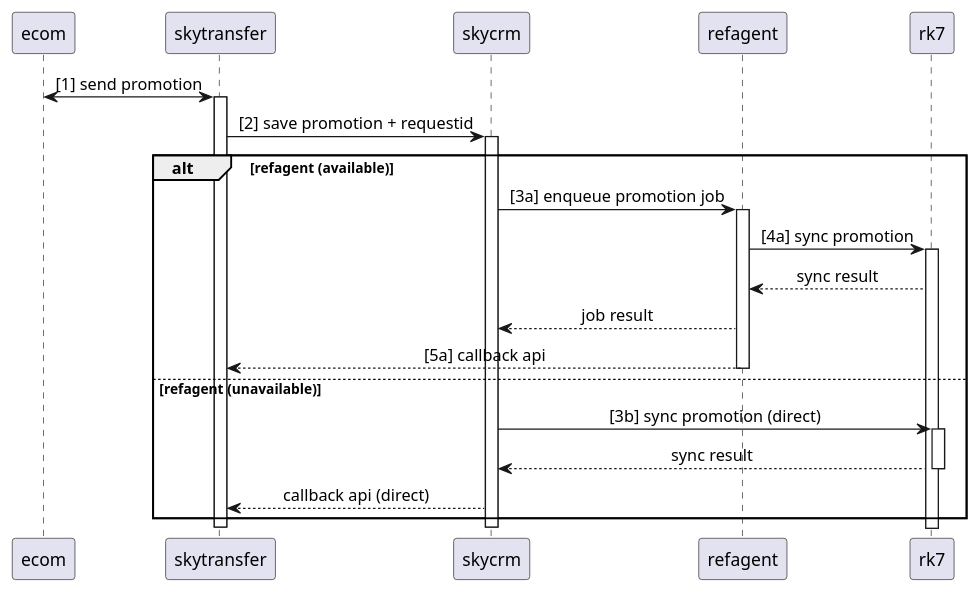
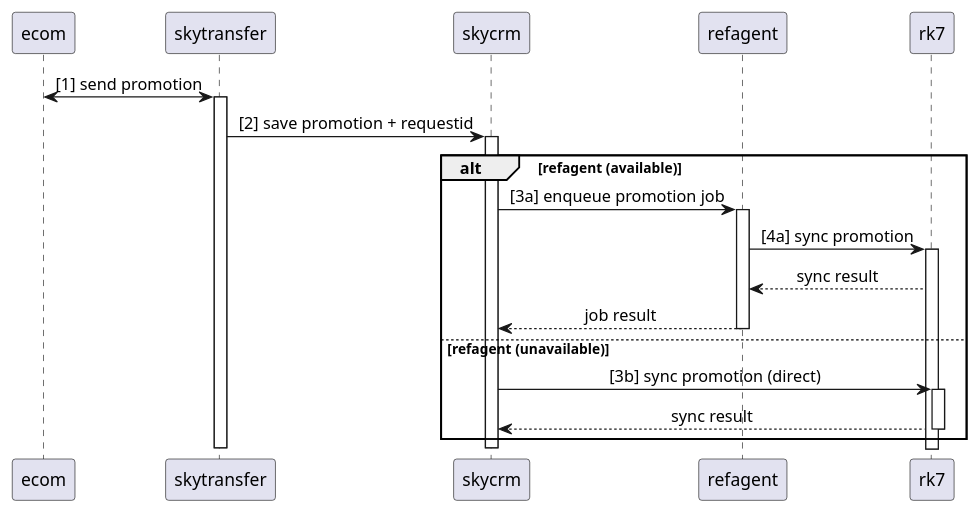
The diagram in 04-y-archive/reference/tech/plantuml/sequence-diagram-promotion.md (huynguyenitwork/career), drawn with PlantUML before and after one commit. The commit also changed 10 other files, not shown here.

````diff
--- a/04-y-archive/reference/tech/plantuml/sequence-diagram-promotion.md
+++ b/04-y-archive/reference/tech/plantuml/sequence-diagram-promotion.md
@@ -7,40 +7,38 @@
 ```plantuml
 @startuml
 skinparam sequenceMessageAlign center
 
 participant ecom
 participant skytransfer
 participant skycrm
 participant refagent
 participant rk7
 
 ecom <-> skytransfer : [1] send promotion
 activate skytransfer
 
 skytransfer -> skycrm : [2] save promotion + requestid
 activate skycrm
 
 alt refagent (available)
     skycrm -> refagent : [3a] enqueue promotion job
     activate refagent
 
     refagent -> rk7 : [4a] sync promotion
     activate rk7
     rk7 --> refagent : sync result
 
     refagent --> skycrm : job result
-    refagent --> skytransfer : [5a] callback api
     deactivate refagent
 else refagent (unavailable)
     skycrm -> rk7 : [3b] sync promotion (direct)
     activate rk7
     rk7 --> skycrm : sync result
     deactivate rk7
 
-    skycrm --> skytransfer : callback api (direct)
 end
 
 deactivate skycrm
 deactivate skytransfer
 @enduml
 ```
````
